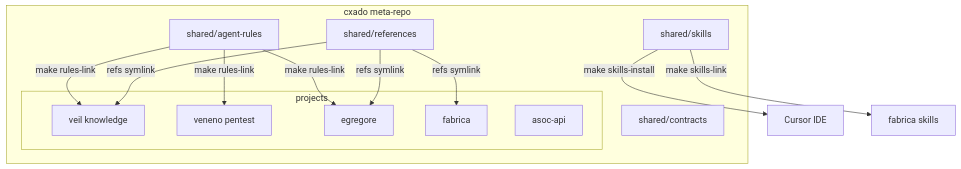
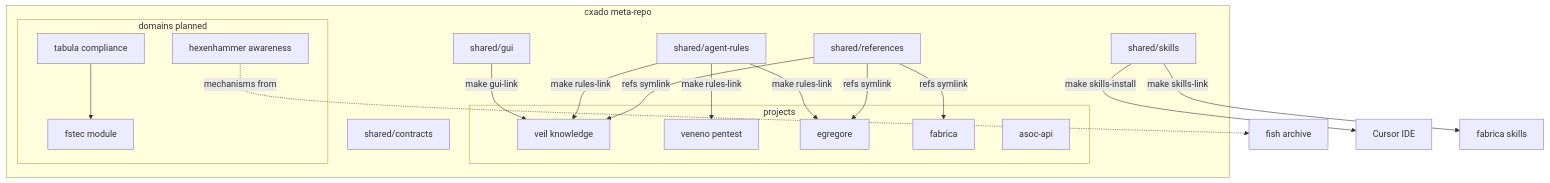
One commit to butbeautifulv/cxado changed the first of 4 diagrams in docs/ecosystem-map.md. Above: the diagram before and after it, drawn with Mermaid. The commit also changed other lines of this file and 5 other files, not shown here.

First line of the commit message:
Add hexenhammer awareness domain and pause fstec GUI integration docs

````diff
--- a/docs/ecosystem-map.md
+++ b/docs/ecosystem-map.md
@@ -5,25 +5,35 @@
 ```mermaid
 flowchart TB
   subgraph cxado [cxado meta-repo]
     RULES[shared/agent-rules]
     SKILLS[shared/skills]
     REFS[shared/references]
     CTR[shared/contracts]
+    GUI[shared/gui]
     subgraph projects [projects]
       VEIL[veil knowledge]
       VENENO[veneno pentest]
       AGI[egregore]
       CICD[fabrica]
       ASOC[asoc-api]
     end
+    subgraph domains_planned [domains planned]
+      TABULA[tabula compliance]
+      FSTEC[fstec module]
+      HEX[hexenhammer awareness]
+    end
   end
+
+  GUI -->|make gui-link| VEIL
+  TABULA --> FSTEC
+  HEX -.->|mechanisms from| FISH[fish archive]
 
   RULES -->|make rules-link| VEIL
   RULES -->|make rules-link| VENENO
   RULES -->|make rules-link| AGI
   SKILLS -->|make skills-install| CURSOR[Cursor IDE]
   SKILLS -->|make skills-link| FAB[fabrica skills]
   REFS -->|refs symlink| VEIL
   REFS -->|refs symlink| CICD
   REFS -->|refs symlink| AGI
 ```
````
